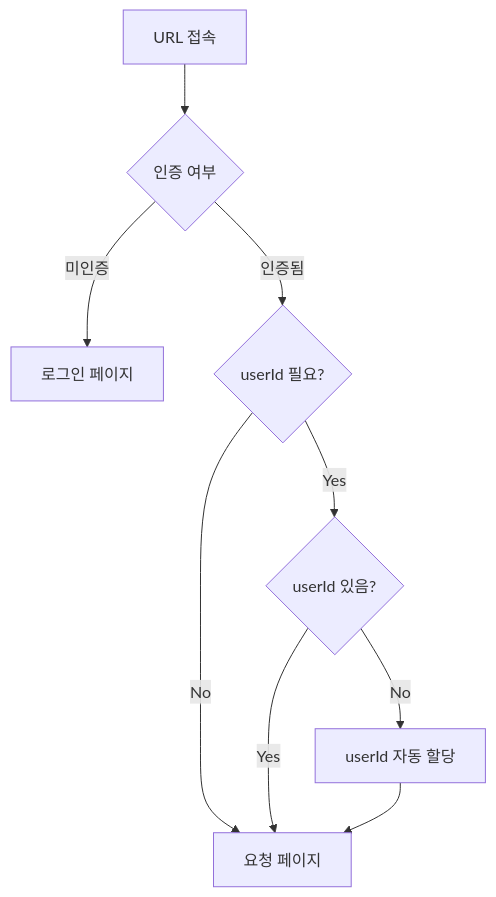
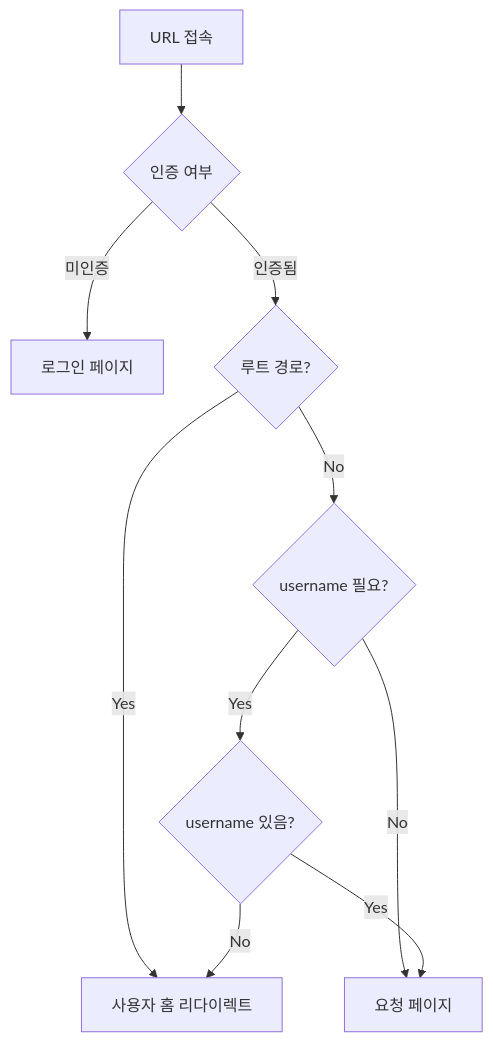
The second of 2 diagrams in src/routes/README.md (Flow-Sketch/flow-sketch-frontend), drawn with Mermaid before and after one commit. The commit also changed other lines of this file, not shown here.

````diff
--- a/src/routes/README.md
+++ b/src/routes/README.md
@@ -65,11 +67,12 @@
 ```mermaid
 flowchart TD
     A[URL 접속] --> B{인증 여부}
     B -->|미인증| C[로그인 페이지]
-    B -->|인증됨| D{userId 필요?}
-    D -->|Yes| E{userId 있음?}
-    D -->|No| G[요청 페이지]
-    E -->|Yes| G
-    E -->|No| F[userId 자동 할당]
-    F --> G
+    B -->|인증됨| D{루트 경로?}
+    D -->|Yes| E[사용자 홈 리다이렉트]
+    D -->|No| F{username 필요?}
+    F -->|Yes| G{username 있음?}
+    F -->|No| H[요청 페이지]
+    G -->|Yes| H
+    G -->|No| E
 ```
````
